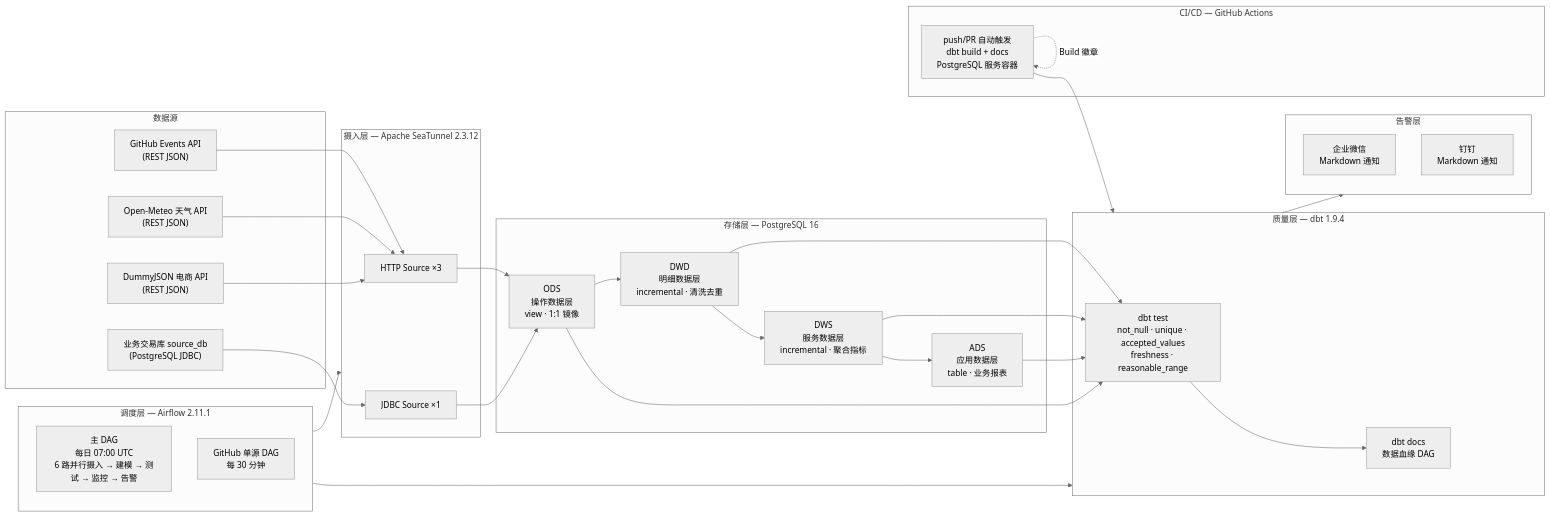
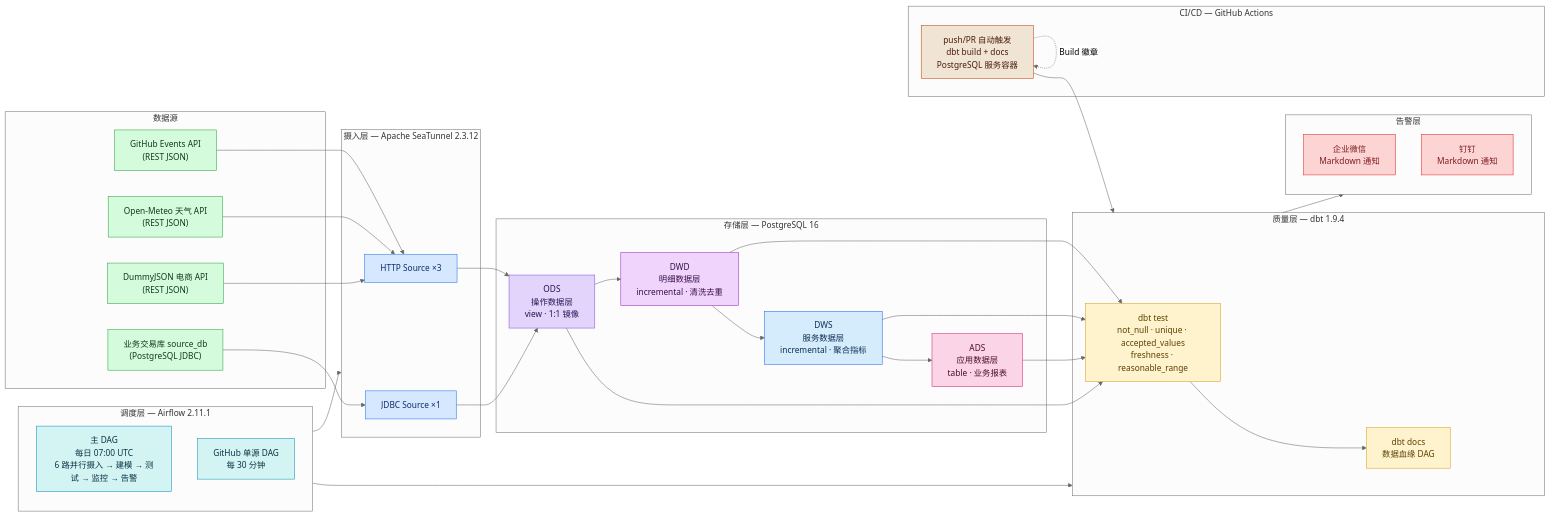
The diagram in README.md (Zhuyuxuan0923/ShuShu), drawn with Mermaid (neutral theme) before and after one commit.

Commit message:
docs: add color styles to Mermaid architecture diagram

````diff
--- a/README.md
+++ b/README.md
@@ -13,55 +13,78 @@
 ```mermaid
 flowchart LR
-    subgraph Sources["数据源"]
+    subgraph Sources[" 数据源 "]
         GH["GitHub Events API<br/>(REST JSON)"]
         WX["Open-Meteo 天气 API<br/>(REST JSON)"]
         EC["DummyJSON 电商 API<br/>(REST JSON)"]
         BIZ["业务交易库 source_db<br/>(PostgreSQL JDBC)"]
     end
 
-    subgraph Ingest["摄入层 — Apache SeaTunnel 2.3.12"]
+    subgraph Ingest[" 摄入层 — Apache SeaTunnel 2.3.12 "]
         HTTP["HTTP Source ×3"]
         JDBC["JDBC Source ×1"]
     end
 
-    subgraph Storage["存储层 — PostgreSQL 16"]
+    subgraph Storage[" 存储层 — PostgreSQL 16 "]
         ODS["ODS<br/>操作数据层<br/>view · 1:1 镜像"]
         DWD["DWD<br/>明细数据层<br/>incremental · 清洗去重"]
         DWS["DWS<br/>服务数据层<br/>incremental · 聚合指标"]
         ADS["ADS<br/>应用数据层<br/>table · 业务报表"]
     end
 
-    subgraph Quality["质量层 — dbt 1.9.4"]
+    subgraph Quality[" 质量层 — dbt 1.9.4 "]
         TEST["dbt test<br/>not_null · unique · accepted_values<br/>freshness · reasonable_range"]
         DOCS["dbt docs<br/>数据血缘 DAG"]
     end
 
-    subgraph Orchestration["调度层 — Airflow 2.11.1"]
+    subgraph Orchestration[" 调度层 — Airflow 2.11.1 "]
         DAG_FULL["主 DAG<br/>每日 07:00 UTC<br/>6 路并行摄入 → 建模 → 测试 → 监控 → 告警"]
         DAG_GH["GitHub 单源 DAG<br/>每 30 分钟"]
     end
 
-    subgraph Alert["告警层"]
+    subgraph Alert[" 告警层 "]
         WECOM["企业微信<br/>Markdown 通知"]
         DT["钉钉<br/>Markdown 通知"]
     end
 
-    subgraph CICD["CI/CD — GitHub Actions"]
+    subgraph CICD[" CI/CD — GitHub Actions "]
         ACTIONS["push/PR 自动触发<br/>dbt build + docs<br/>PostgreSQL 服务容器"]
     end
 
     GH & WX & EC --> HTTP
     BIZ --> JDBC
     HTTP & JDBC --> ODS
     ODS --> DWD --> DWS --> ADS
     DWD & DWS & ADS --> TEST
     TEST --> DOCS
     ODS --> TEST
 
     Orchestration --> Ingest
     Orchestration --> Quality
     Quality --> Alert
 
     ACTIONS --> Quality
     ACTIONS -.->|"Build 徽章"| ACTIONS
+
+    %% --- color styles ---
+    classDef source fill:#d4fcdc,stroke:#2ea043,color:#0f3b1e
+    classDef ingest fill:#d6e8ff,stroke:#1f6feb,color:#0c2d6b
+    classDef ods fill:#e3d4fc,stroke:#8250df,color:#2a1252
+    classDef dwd fill:#f0d4fc,stroke:#9a28c0,color:#3a0f4a
+    classDef dws fill:#d4ecfc,stroke:#2563eb,color:#0f2d52
+    classDef ads fill:#fcd4e8,stroke:#d1246e,color:#4a0f28
+    classDef quality fill:#fff3cd,stroke:#d4a017,color:#5c4100
+    classDef orch fill:#d4f4f4,stroke:#0891b2,color:#083344
+    classDef alert fill:#fdd4d4,stroke:#dc2626,color:#7f1d1d
+    classDef cicd fill:#f0e4d4,stroke:#c2410c,color:#4a1c08
+
+    class GH,WX,EC,BIZ source
+    class HTTP,JDBC ingest
+    class ODS ods
+    class DWD dwd
+    class DWS dws
+    class ADS ads
+    class TEST,DOCS quality
+    class DAG_FULL,DAG_GH orch
+    class WECOM,DT alert
+    class ACTIONS cicd
 ```
````
